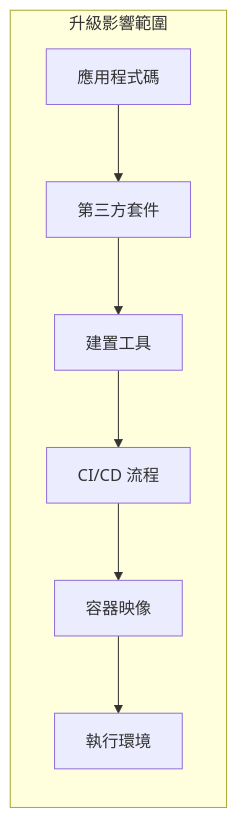
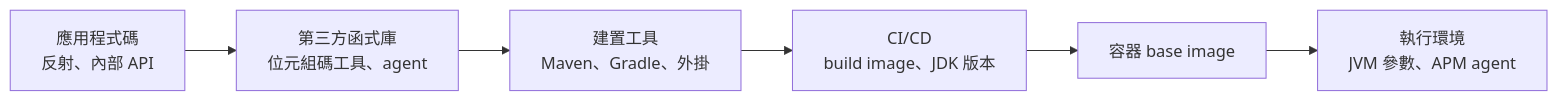
One commit to chihhung/Blog changed the fifth of 13 diagrams in content/posts/教學/framework/Spring boot 4.x升版教學.md. Above: the diagram before and after it, drawn with Mermaid. The commit also changed other lines of this file, not shown here.

````diff
--- a/content/posts/教學/framework/Spring boot 4.x升版教學.md
+++ b/content/posts/教學/framework/Spring boot 4.x升版教學.md
@@ -414,10 +836,8 @@
 ```mermaid
 flowchart LR
-    subgraph 升級影響範圍
-        A[應用程式碼] --> B[第三方套件]
-        B --> C[建置工具]
-        C --> D[CI/CD 流程]
-        D --> E[容器映像]
-        E --> F[執行環境]
-    end
+    A["應用程式碼<br/>反射、內部 API"] --> B["第三方函式庫<br/>位元組碼工具、agent"]
+    B --> C["建置工具<br/>Maven、Gradle、外掛"]
+    C --> D["CI/CD<br/>build image、JDK 版本"]
+    D --> E["容器 base image"]
+    E --> F["執行環境<br/>JVM 參數、APM agent"]
 ```
````
